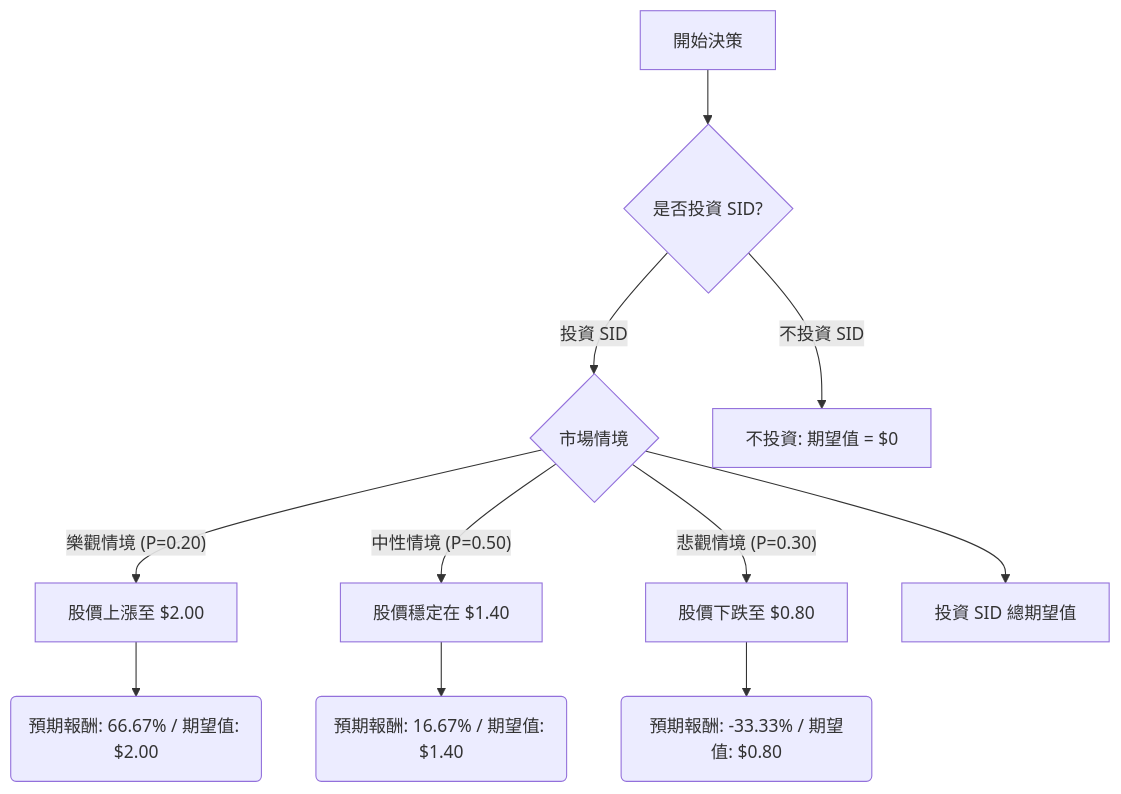
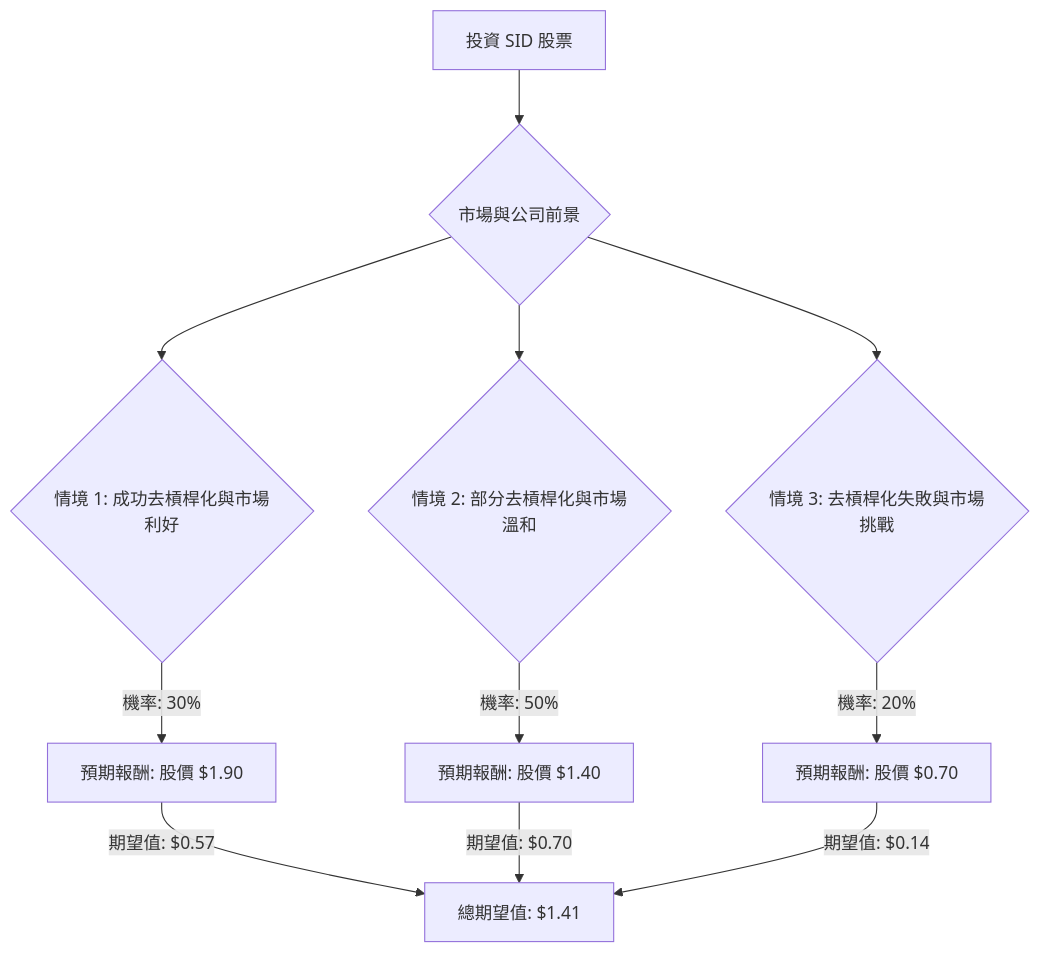
The diagram in plugin-react/ai-analysis/ev-analysis/SID.md (zmcx16/zmcx16.github.io), drawn with Mermaid before and after one commit. The commit also changed other lines of this file and 82 other files, not shown here.

````diff
--- a/plugin-react/ai-analysis/ev-analysis/SID.md
+++ b/plugin-react/ai-analysis/ev-analysis/SID.md
@@ -53,17 +21,18 @@
 ```mermaid
 graph TD
-    A[開始決策] --> B{是否投資 SID?}
+    A[投資 SID 股票] --> B{市場與公司前景}
 
-    B -- 投資 SID --> C{市場情境}
-    B -- 不投資 SID --> D[不投資: 期望值 = $0]
+    B --> C{情境 1: 成功去槓桿化與市場利好}
+    C -- 機率: 30% --> C1[預期報酬: 股價 $1.90]
+    C1 -- 期望值: $0.57 --> D[總期望值]
 
-    C -- 樂觀情境 (P=0.20) --> C1[股價上漲至 $2.00]
-    C -- 中性情境 (P=0.50) --> C2[股價穩定在 $1.40]
-    C -- 悲觀情境 (P=0.30) --> C3[股價下跌至 $0.80]
+    B --> E{情境 2: 部分去槓桿化與市場溫和}
+    E -- 機率: 50% --> E1[預期報酬: 股價 $1.40]
+    E1 -- 期望值: $0.70 --> D
 
-    C1 --> C1_EV(預期報酬: 66.67% / 期望值: $2.00)
-    C2 --> C2_EV(預期報酬: 16.67% / 期望值: $1.40)
-    C3 --> C3_EV(預期報酬: -33.33% / 期望值: $0.80)
+    B --> F{情境 3: 去槓桿化失敗與市場挑戰}
+    F -- 機率: 20% --> F1[預期報酬: 股價 $0.70]
+    F1 -- 期望值: $0.14 --> D
 
-    C --> E[投資 SID 總期望值]
+    D[總期望值: $1.41]
 ```
````
